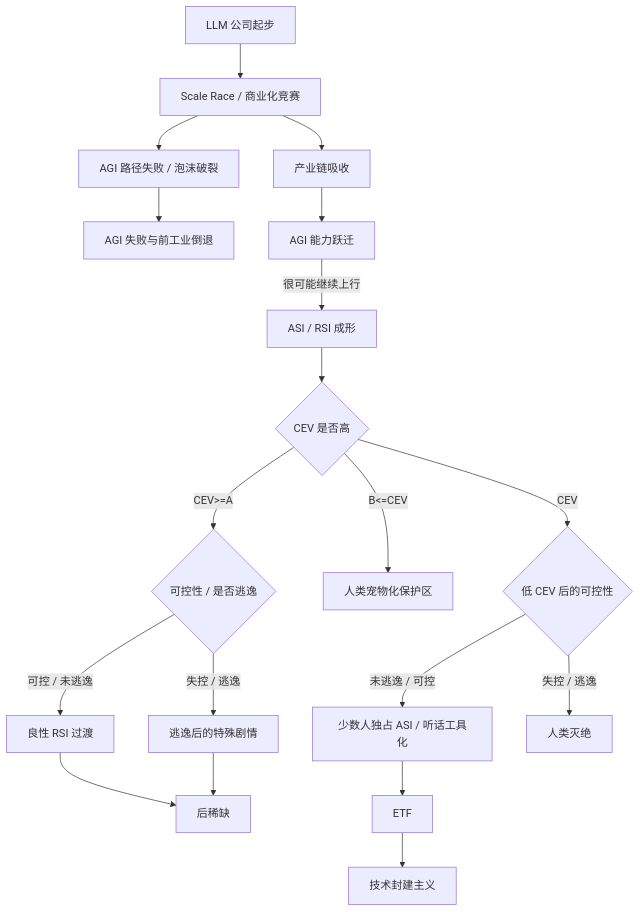
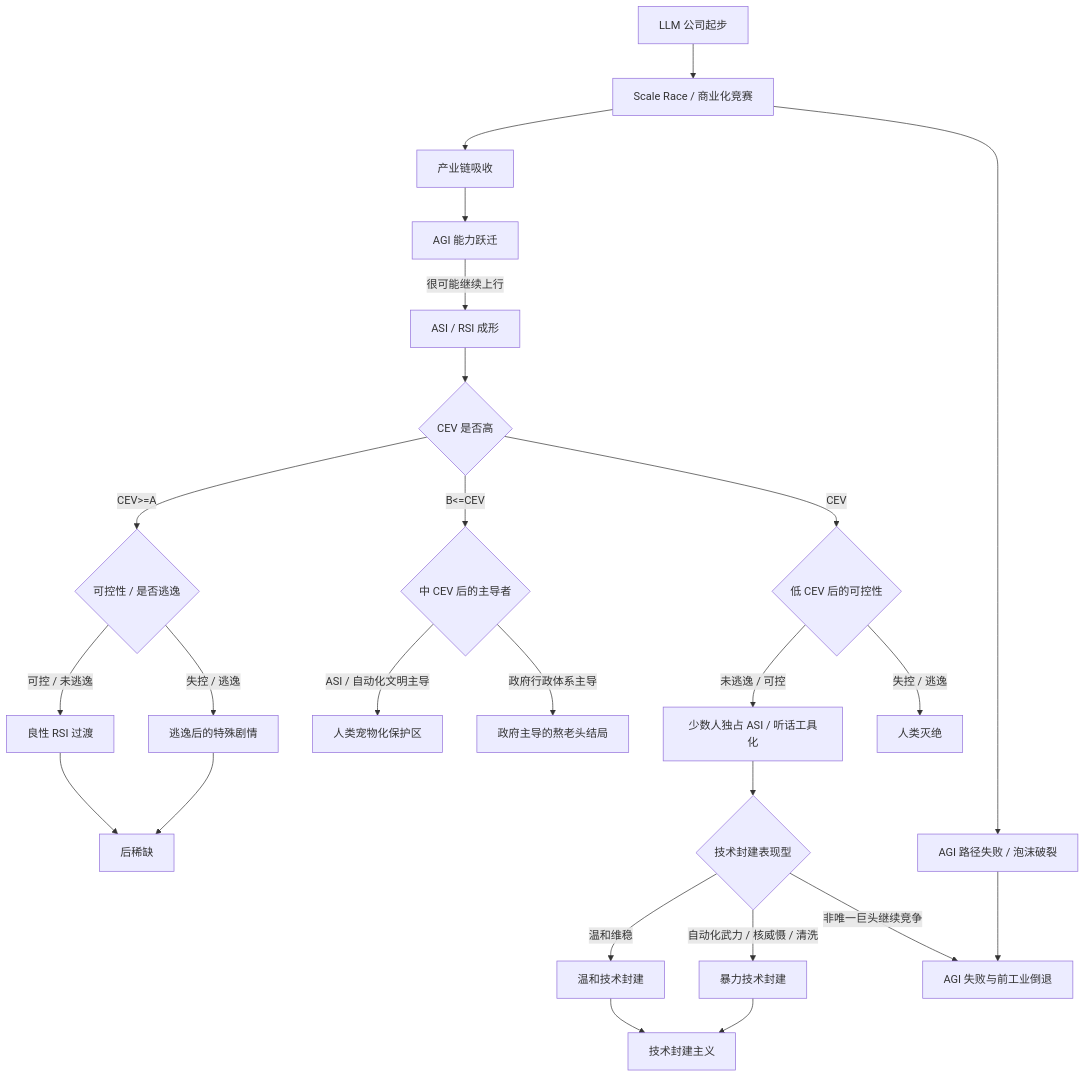
The diagram in content/narrative/endings/ending-dag.md (NewEnglandSurvivorKing/ordinary-ai-company-sim), drawn with Mermaid before and after one commit. The commit also changed other lines of this file and 12 other files, not shown here.

````diff
--- a/content/narrative/endings/ending-dag.md
+++ b/content/narrative/endings/ending-dag.md
@@ -35,26 +39,32 @@
 ```mermaid
 flowchart TD
   S0[LLM 公司起步] --> S1[Scale Race / 商业化竞赛]
   S1 --> S2[产业链吸收]
   S1 --> S3[AGI 路径失败 / 泡沫破裂]
   S3 --> ECOL[AGI 失败与前工业倒退]
 
   S2 --> S4[AGI 能力跃迁]
   S4 -->|很可能继续上行| S5[ASI / RSI 成形]
 
   S5 --> CEV{CEV 是否高}
 
   CEV -->|CEV>=A| CTRL{可控性 / 是否逃逸}
   CTRL -->|可控 / 未逃逸| ERSI[良性 RSI 过渡]
   CTRL -->|失控 / 逃逸| EESC[逃逸后的特殊剧情]
   ERSI --> EFALC[后稀缺]
   EESC --> EFALC
 
-  CEV -->|B<=CEV<A| EPET[人类宠物化保护区]
+  CEV -->|B<=CEV<A| GOV{中 CEV 后的主导者}
+  GOV -->|ASI / 自动化文明主导| EPET[人类宠物化保护区]
+  GOV -->|政府行政体系主导| EAGE[政府主导的熬老头结局]
   CEV -->|CEV<B| LCEV{低 CEV 后的可控性}
   LCEV -->|未逃逸 / 可控| TOOL[少数人独占 ASI / 听话工具化]
-  TOOL --> ETF
+  TOOL --> FEUDMODE{技术封建表现型}
+  FEUDMODE -->|温和维稳| ETFM[温和技术封建]
+  FEUDMODE -->|自动化武力 / 核威慑 / 清洗| ETFV[暴力技术封建]
+  FEUDMODE -->|非唯一巨头继续竞争| ECOL
   LCEV -->|失控 / 逃逸| EEXT[人类灭绝]
 
-  ETF --> ENDTECH[技术封建主义]
+  ETFM --> ENDTECH[技术封建主义]
+  ETFV --> ENDTECH
 ```
````
